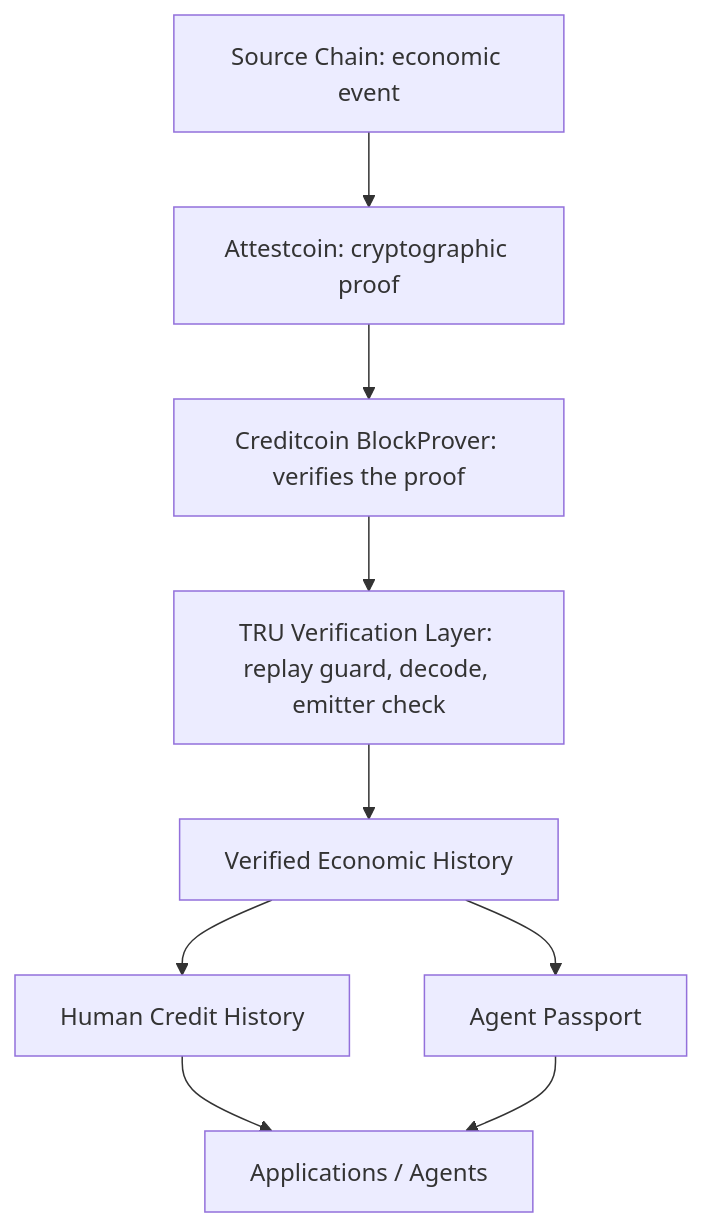
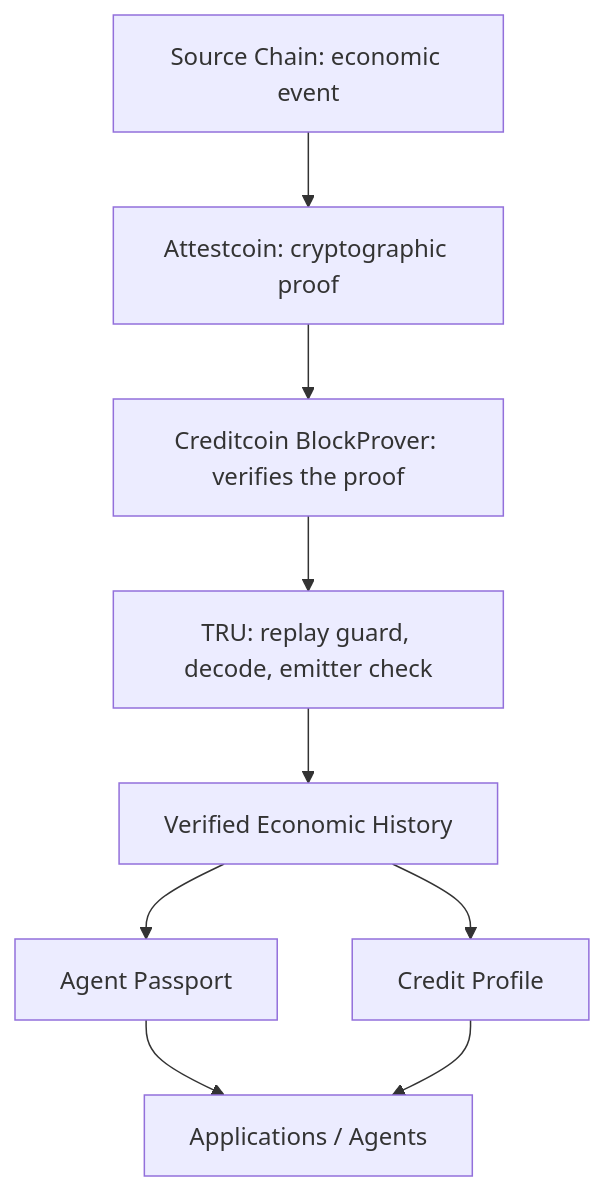
One commit to Shaydez-Defi/tru changed the diagram in README.md. Above: the diagram before and after it, drawn with Mermaid. The commit also changed other lines of this file and 2 other files, not shown here.

Commit message:
Reposition: Agent Passport as primary product, passport-first framing

````diff
--- a/README.md
+++ b/README.md
@@ -141,11 +108,11 @@
 ```mermaid
 flowchart TD
     SRC["Source Chain: economic event"] --> ATT["Attestcoin: cryptographic proof"]
     ATT --> BP["Creditcoin BlockProver: verifies the proof"]
-    BP --> TRU["TRU Verification Layer: replay guard, decode, emitter check"]
+    BP --> TRU["TRU: replay guard, decode, emitter check"]
     TRU --> HIST["Verified Economic History"]
-    HIST --> HUMAN["Human Credit History"]
-    HIST --> AGENT["Agent Passport"]
-    HUMAN --> APPS["Applications / Agents"]
-    AGENT --> APPS
+    HIST --> PASSPORT["Agent Passport"]
+    HIST --> CREDIT["Credit Profile"]
+    PASSPORT --> APPS["Applications / Agents"]
+    CREDIT --> APPS
 ```
````
